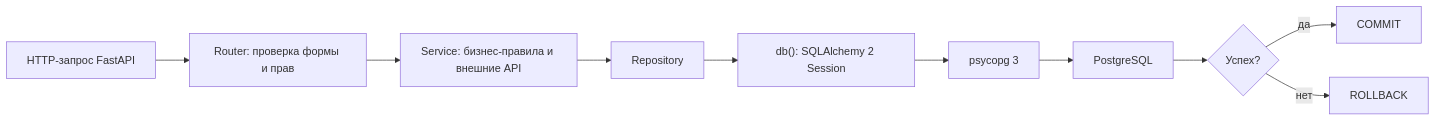
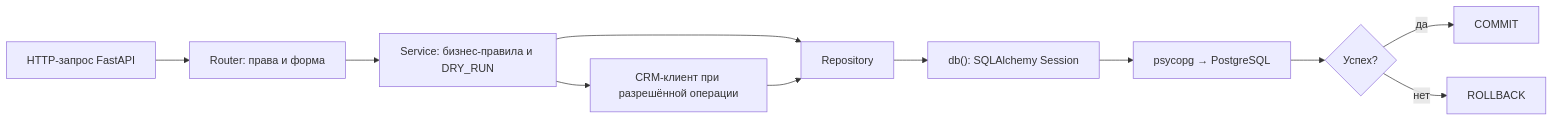
One commit to Solov18/DtelAir_key_writer changed the second of 2 diagrams in docs/database.md. Above: the diagram before and after it, drawn with Mermaid. The commit also changed other lines of this file and 78 other files, not shown here.

Commit message:
PostgreSQL4

````diff
--- a/docs/database.md
+++ b/docs/database.md
@@ -475,12 +430,13 @@
 ```mermaid
 flowchart LR
-    HTTP["HTTP-запрос FastAPI"] --> R["Router: проверка формы и прав"]
-    R --> S["Service: бизнес-правила и внешние API"]
+    HTTP["HTTP-запрос FastAPI"] --> R["Router: права и форма"]
+    R --> S["Service: бизнес-правила и DRY_RUN"]
+    S --> CRM["CRM-клиент при разрешённой операции"]
     S --> RP["Repository"]
-    RP --> DS["db(): SQLAlchemy 2 Session"]
-    DS --> P["psycopg 3"]
-    P --> PG["PostgreSQL"]
+    CRM --> RP
+    RP --> DB["db(): SQLAlchemy Session"]
+    DB --> PG["psycopg → PostgreSQL"]
     PG --> TX{"Успех?"}
     TX -->|да| C["COMMIT"]
     TX -->|нет| RB["ROLLBACK"]
 ```
````
